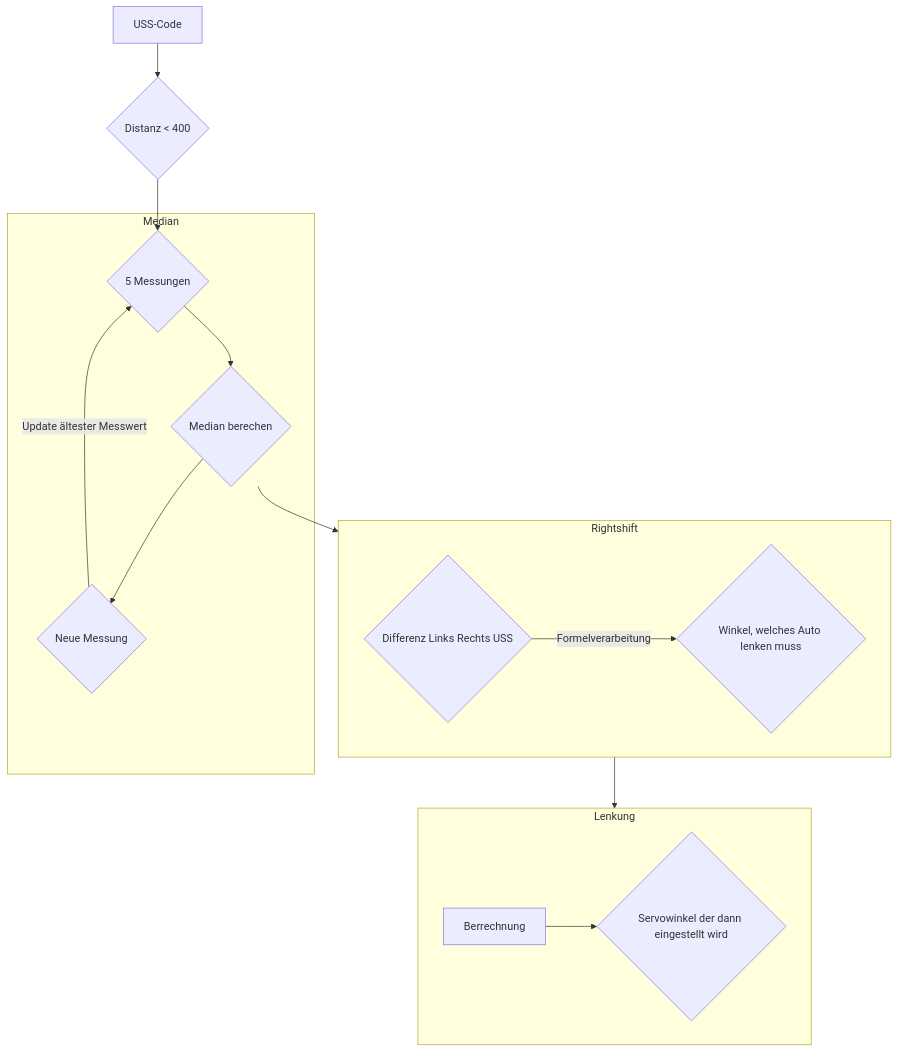
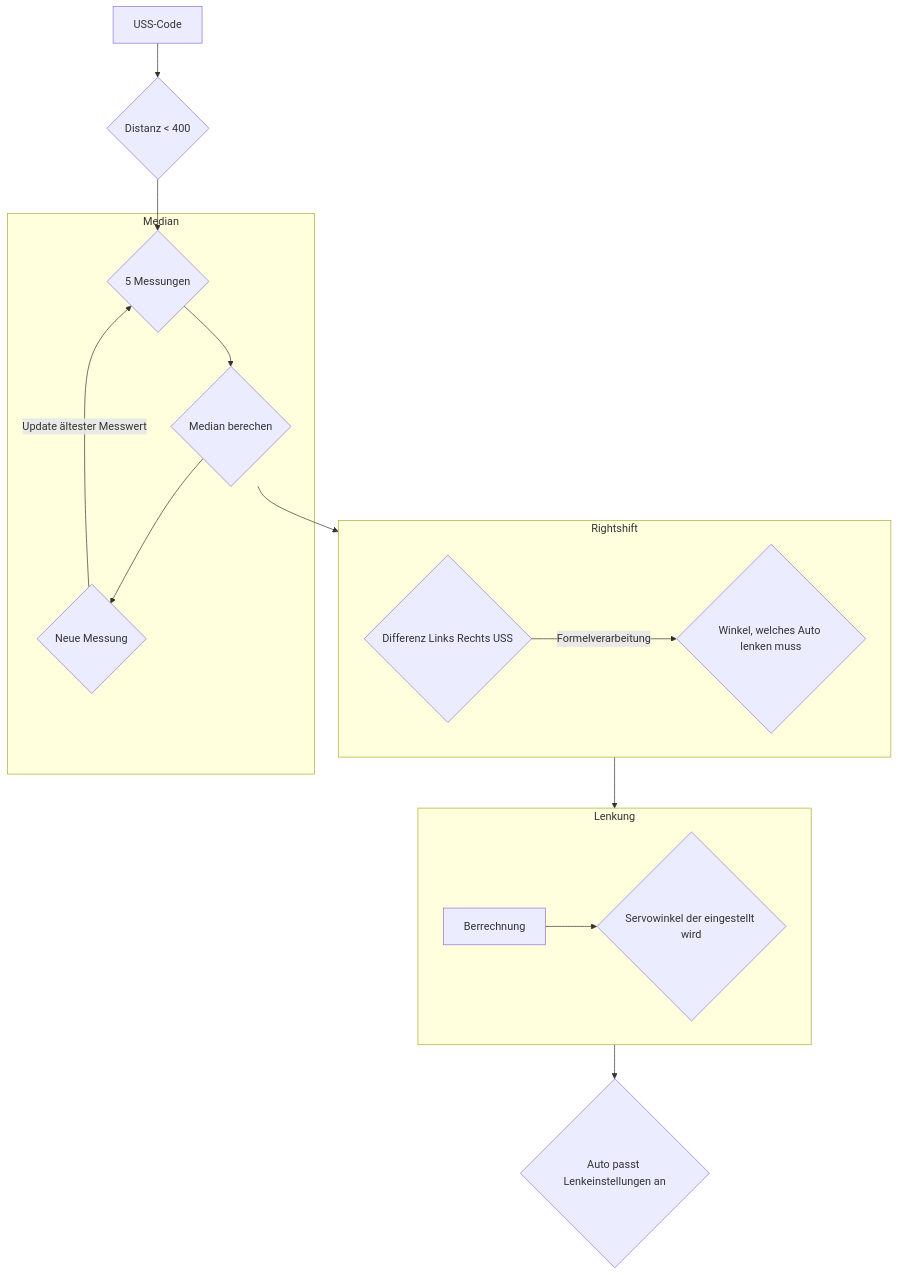
The diagram in Programme/Eröffnungsrennen/README.md (SchroedingersBit/PfortGTPanama), drawn with Mermaid before and after one commit.

````diff
--- a/Programme/Eröffnungsrennen/README.md
+++ b/Programme/Eröffnungsrennen/README.md
@@ -5,17 +5,18 @@
 ```mermaid
 flowchart TB;
 USS-Code --> D{Distanz < 400} --> M{5 Messungen};
 subgraph Median
 M-->ME{Median berechen} -->N{Neue Messung} -->|Update ältester Messwert| M;
 end
 ME --> Rightshift;
 
 subgraph Rightshift
 LR{Differenz Links Rechts USS} --> |Formelverarbeitung| W{Winkel, welches Auto lenken muss};
 end
 Rightshift --> Lenkung;
 
 subgraph Lenkung
-Berrechnung --> S{Servowinkel der dann eingestellt wird}
+Berrechnung --> S{Servowinkel der eingestellt wird}
 end
+Lenkung --> Z{Auto passt Lenkeinstellungen an}
 ```
````
